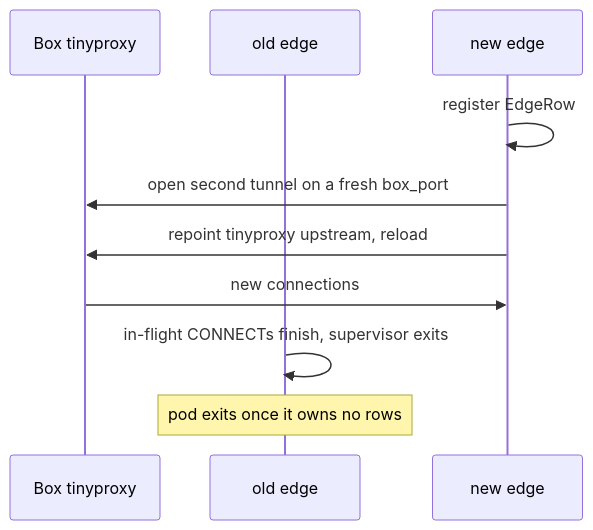
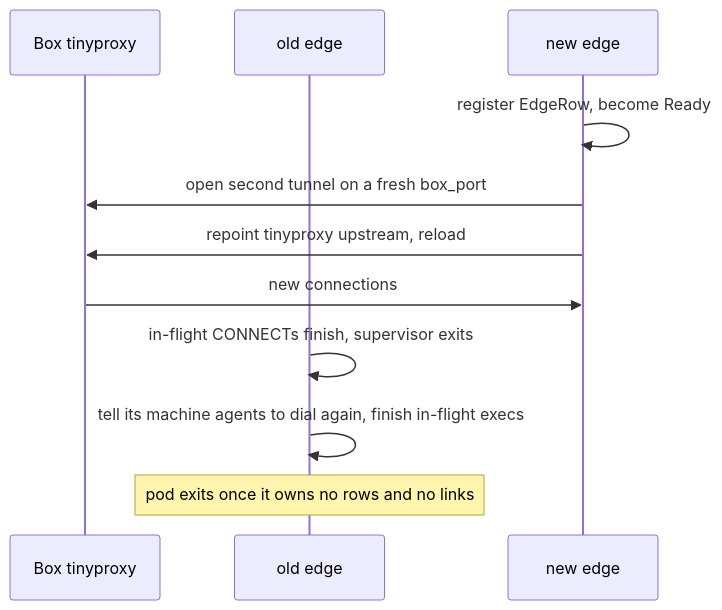
The fifth of 5 diagrams in docs/specs/deploy-invisible-boxes.md (IniZio/moor), drawn with Mermaid before and after one commit. The commit also changed other lines of this file, not shown here.

Commit message:
docs(specs): split the controller and edge with no shared volume

````diff
--- a/docs/specs/deploy-invisible-boxes.md
+++ b/docs/specs/deploy-invisible-boxes.md
@@ -192,12 +226,13 @@
 ```mermaid
 sequenceDiagram
   participant B as Box tinyproxy
   participant O as old edge
   participant N as new edge
-  N->>N: register EdgeRow
+  N->>N: register EdgeRow, become Ready
   N->>B: open second tunnel on a fresh box_port
   N->>B: repoint tinyproxy upstream, reload
   B->>N: new connections
   O->>O: in-flight CONNECTs finish, supervisor exits
-  Note over O: pod exits once it owns no rows
+  O->>O: tell its machine agents to dial again, finish in-flight execs
+  Note over O: pod exits once it owns no rows and no links
 ```
````
